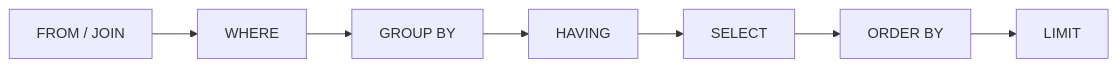
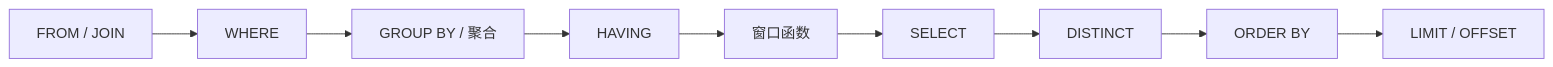
One commit to Fizgrad/fizgrad.github.io changed the second of 48 diagrams in blog/database.md. Above: the diagram before and after it, drawn with Mermaid. The commit also changed other lines of this file, not shown here.

````diff
--- a/blog/database.md
+++ b/blog/database.md
@@ -132,9 +112,11 @@
 ```mermaid
 flowchart LR
-    A[FROM / JOIN] --> B[WHERE]
-    B --> C[GROUP BY]
-    C --> D[HAVING]
-    D --> E[SELECT]
-    E --> F[ORDER BY]
-    F --> G[LIMIT]
+    A["FROM / JOIN"] --> B["WHERE"]
+    B --> C["GROUP BY / 聚合"]
+    C --> D["HAVING"]
+    D --> E["窗口函数"]
+    E --> F["SELECT"]
+    F --> G["DISTINCT"]
+    G --> H["ORDER BY"]
+    H --> I["LIMIT / OFFSET"]
 ```
````
